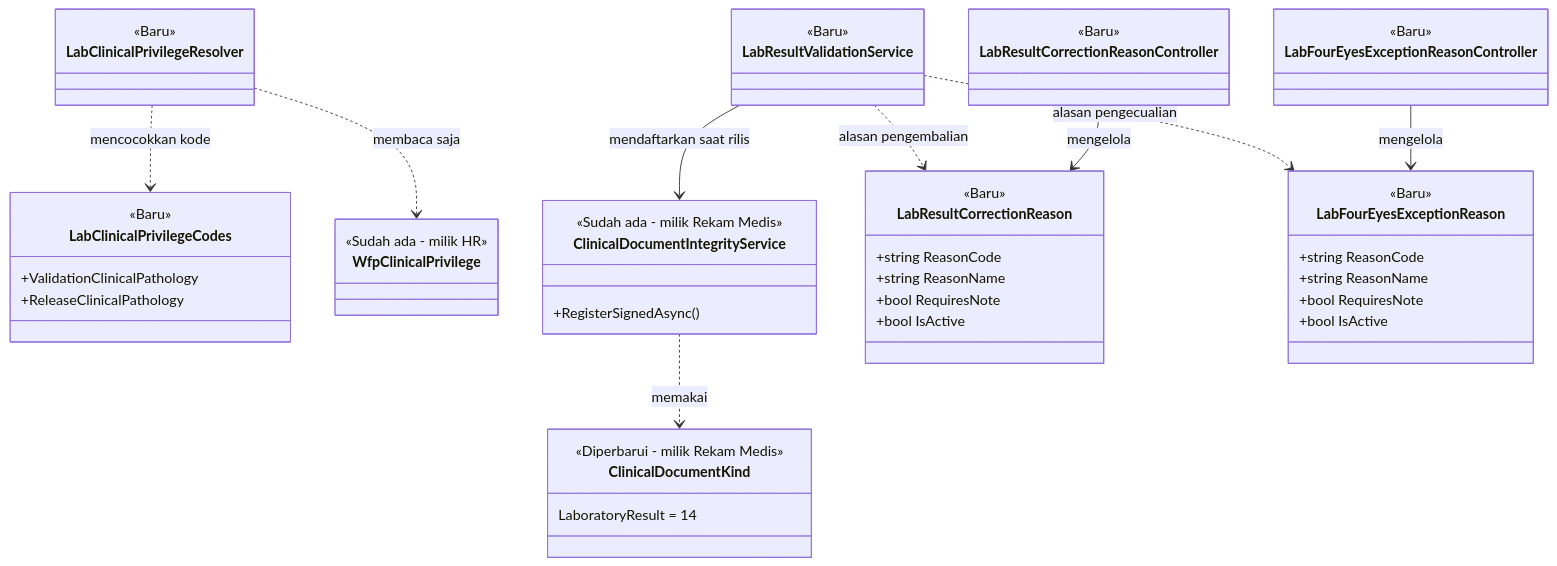
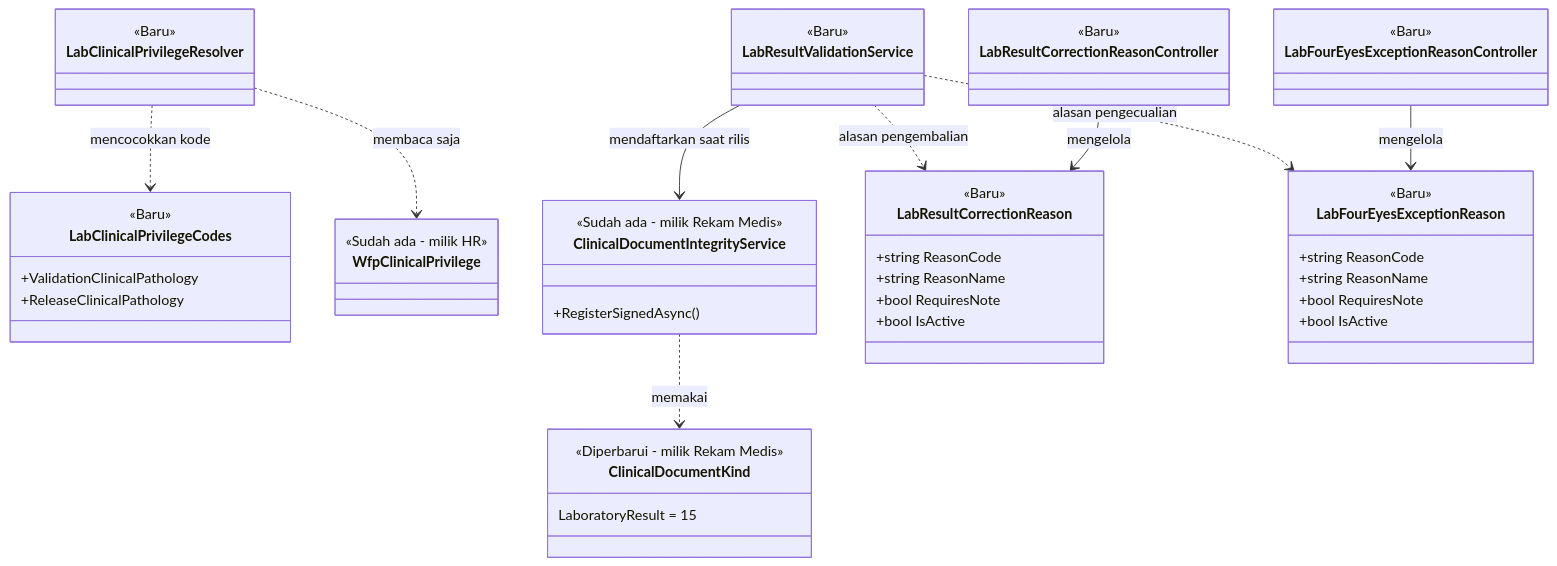
Before and after one commit to DevBenari/NewQuilvianSystemBackend: the tenth of 12 diagrams in docs/module-blueprints/laboratorium/02-backend-architecture.md, drawn with Mermaid. The commit also changed other lines of this file and 58 other files, not shown here.

````diff
--- a/docs/module-blueprints/laboratorium/02-backend-architecture.md
+++ b/docs/module-blueprints/laboratorium/02-backend-architecture.md
@@ -2692,53 +2692,53 @@
 ```mermaid
 classDiagram
     class LabResultValidationService {
         <<Baru>>
     }
     class LabClinicalPrivilegeResolver {
         <<Baru>>
     }
     class LabClinicalPrivilegeCodes {
         <<Baru>>
         +ValidationClinicalPathology
         +ReleaseClinicalPathology
     }
     class WfpClinicalPrivilege {
         <<Sudah ada - milik HR>>
     }
     class ClinicalDocumentIntegrityService {
         <<Sudah ada - milik Rekam Medis>>
         +RegisterSignedAsync()
     }
     class ClinicalDocumentKind {
         <<Diperbarui - milik Rekam Medis>>
-        LaboratoryResult = 14
+        LaboratoryResult = 15
     }
     class LabResultCorrectionReason {
         <<Baru>>
         +string ReasonCode
         +string ReasonName
         +bool RequiresNote
         +bool IsActive
     }
     class LabFourEyesExceptionReason {
         <<Baru>>
         +string ReasonCode
         +string ReasonName
         +bool RequiresNote
         +bool IsActive
     }
     class LabResultCorrectionReasonController {
         <<Baru>>
     }
     class LabFourEyesExceptionReasonController {
         <<Baru>>
     }
     LabClinicalPrivilegeResolver ..> WfpClinicalPrivilege : membaca saja
     LabClinicalPrivilegeResolver ..> LabClinicalPrivilegeCodes : mencocokkan kode
     LabResultValidationService --> ClinicalDocumentIntegrityService : mendaftarkan saat rilis
     ClinicalDocumentIntegrityService ..> ClinicalDocumentKind : memakai
     LabResultValidationService ..> LabResultCorrectionReason : alasan pengembalian
     LabResultValidationService ..> LabFourEyesExceptionReason : alasan pengecualian
     LabResultCorrectionReasonController --> LabResultCorrectionReason : mengelola
     LabFourEyesExceptionReasonController --> LabFourEyesExceptionReason : mengelola
 ```
````
